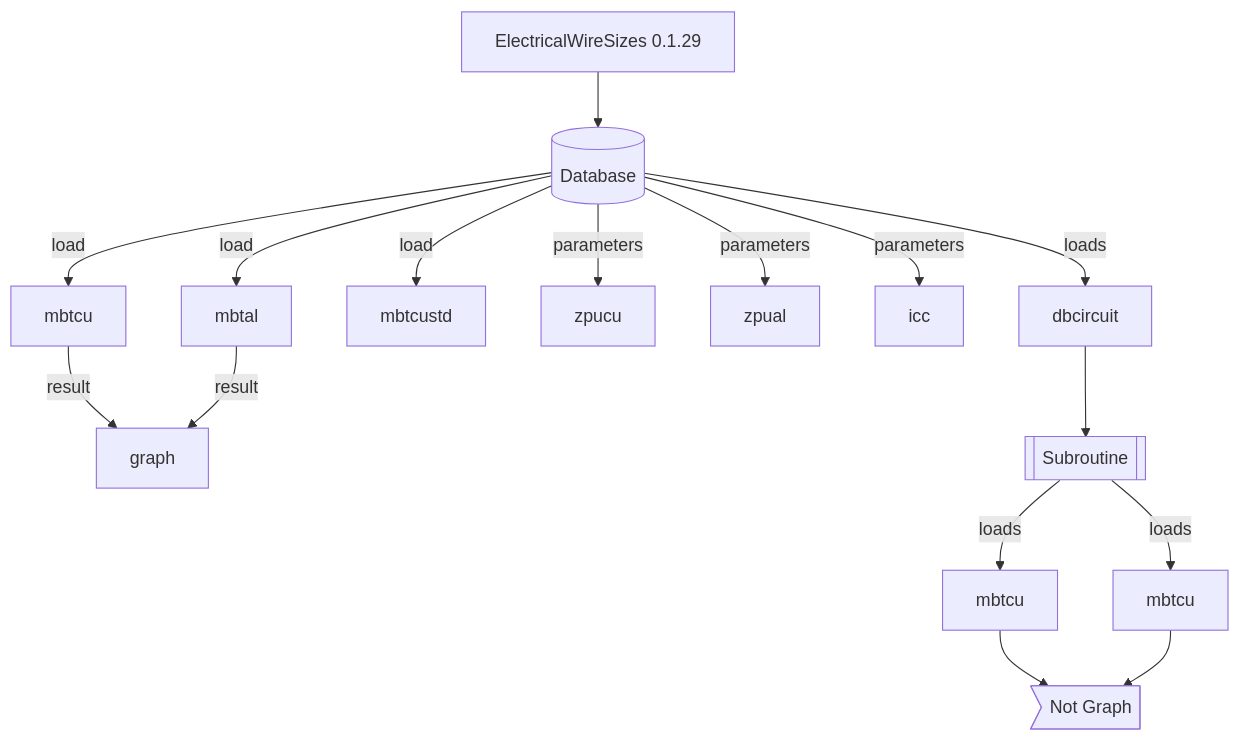
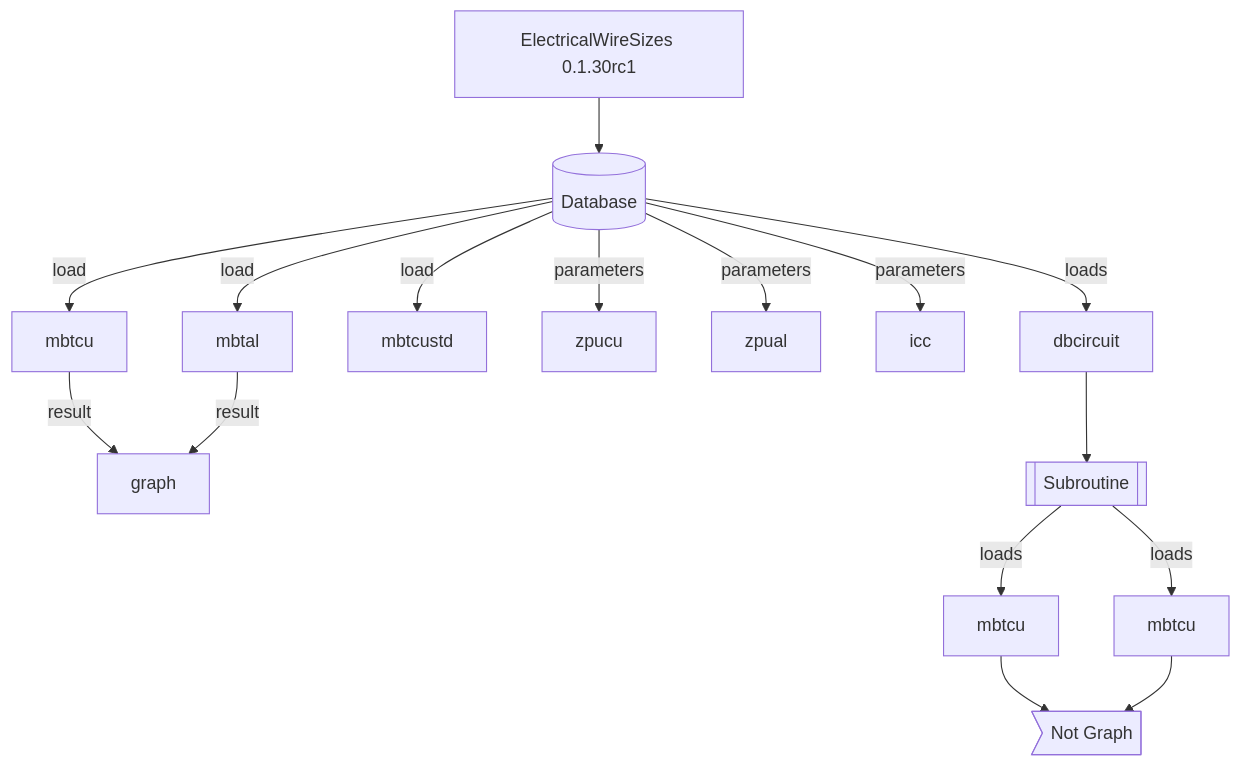
Before and after one commit to jacometoss/PyEWS: the diagram in README.md, drawn with Mermaid. The commit also changed other lines of this file and 13 other files, not shown here.

````diff
--- a/README.md
+++ b/README.md
@@ -158,16 +160,16 @@
 ```mermaid
 graph TD
 
-B[ElectricalWireSizes 0.1.29]-->db[(Database)]
+B[ElectricalWireSizes 0.1.30rc1]-->db[(Database)]
 	db -->|load| A[mbtcu]-->|result| I[graph]
     db -->|load| C[mbtal]-->|result| I[graph]	
     db -->|load| D[mbtcustd]
     db -->|parameters| E[zpucu]
     db -->|parameters| F[zpual]
     db -->|parameters| J[icc]
     db -->|loads| G[dbcircuit] --> H[[Subroutine]]
     H -->|loads| k[mbtcu]--> id1>Not Graph]
     H -->|loads| l[mbtcu]--> id1>Not Graph]
     
 
 ```
````
